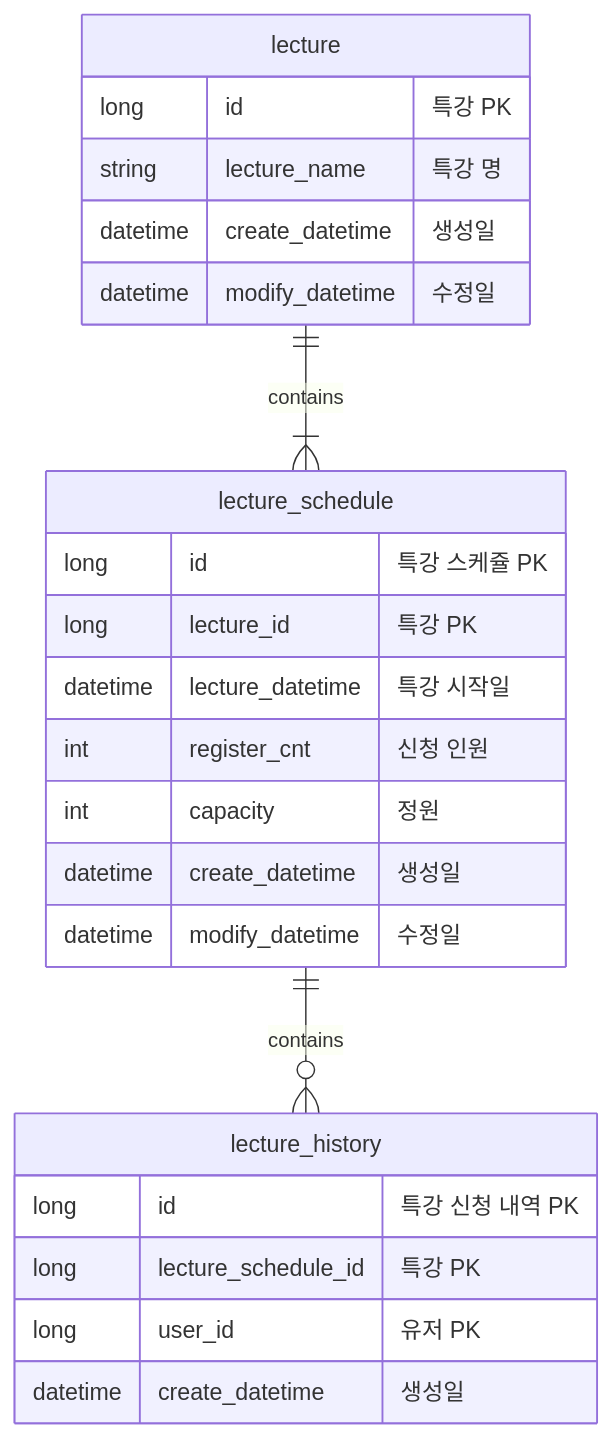
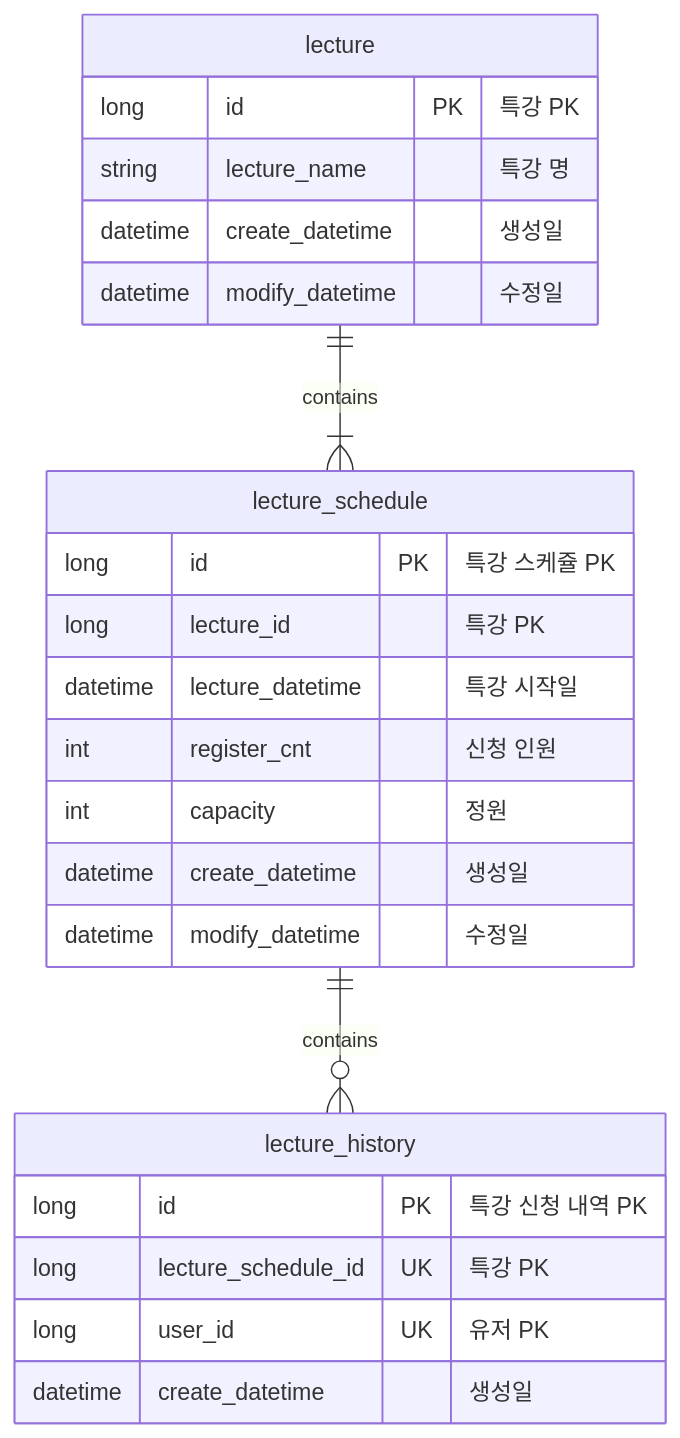
One commit to jo94kr/hhplus-02-clean-architecture changed the diagram in README.md. Above: the diagram before and after it, drawn with Mermaid. The commit also changed other lines of this file, not shown here.

Commit message:
docs: README 정보 추가

````diff
--- a/README.md
+++ b/README.md
@@ -123,26 +129,26 @@
 ```mermaid
 erDiagram
-    lecture ||--|{ lecture_schedule: contains
-    lecture_schedule ||--o{ lecture_history: contains
-    lecture {
-        long id "특강 PK"
-        string lecture_name "특강 명"
-        datetime create_datetime "생성일"
-        datetime modify_datetime "수정일"
-    }
-    lecture_schedule {
-        long id "특강 스케쥴 PK"
-        long lecture_id "특강 PK"
-        datetime lecture_datetime "특강 시작일"
-        int register_cnt "신청 인원"
-        int capacity "정원"
-        datetime create_datetime "생성일"
-        datetime modify_datetime "수정일"
-    }
-    lecture_history {
-        long id "특강 신청 내역 PK"
-        long lecture_schedule_id "특강 PK"
-        long user_id "유저 PK"
-        datetime create_datetime "생성일"
-    }
+  lecture ||--|{ lecture_schedule: contains
+  lecture_schedule ||--o{ lecture_history: contains
+  lecture {
+    long id PK "특강 PK"
+    string lecture_name "특강 명"
+    datetime create_datetime "생성일"
+    datetime modify_datetime "수정일"
+  }
+  lecture_schedule {
+    long id PK "특강 스케쥴 PK"
+    long lecture_id "특강 PK"
+    datetime lecture_datetime "특강 시작일"
+    int register_cnt "신청 인원"
+    int capacity "정원"
+    datetime create_datetime "생성일"
+    datetime modify_datetime "수정일"
+  }
+  lecture_history {
+    long id PK "특강 신청 내역 PK"
+    long lecture_schedule_id UK "특강 PK"
+    long user_id UK "유저 PK"
+    datetime create_datetime "생성일"
+  }
 ```
````
